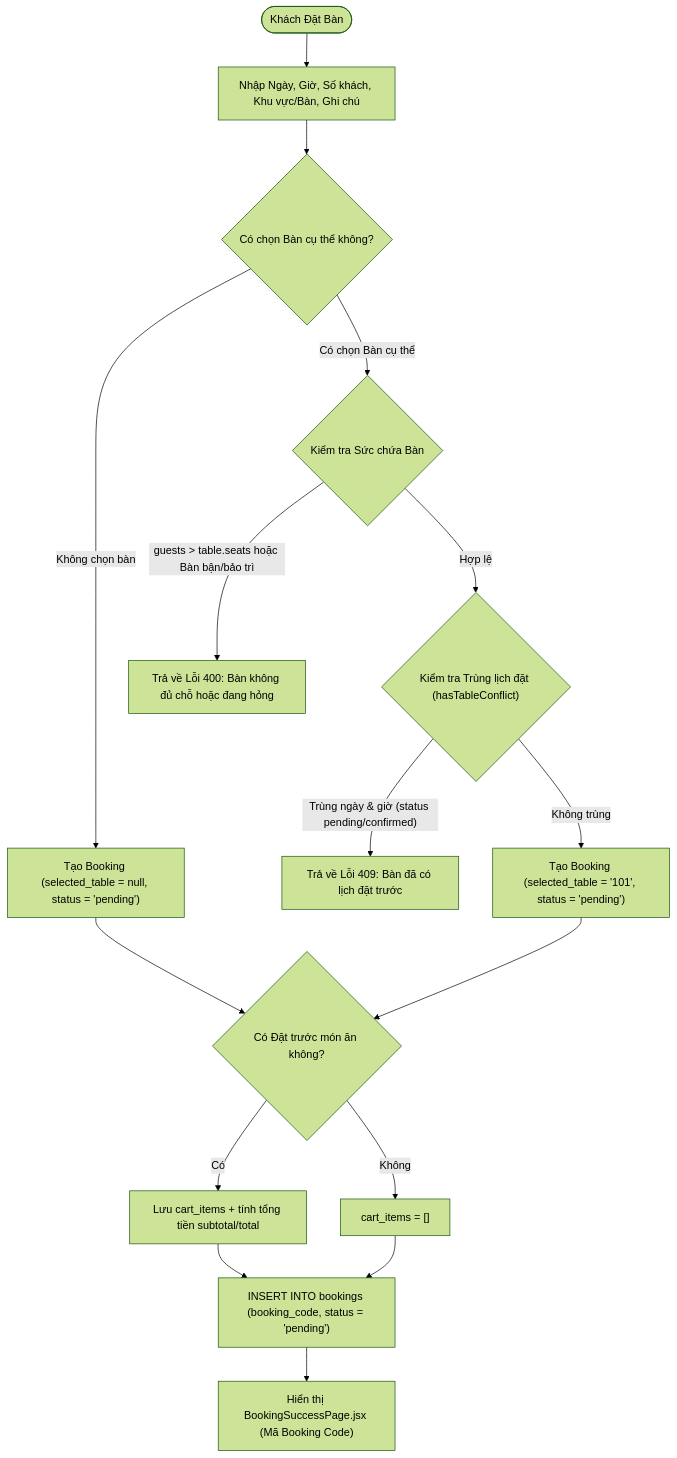
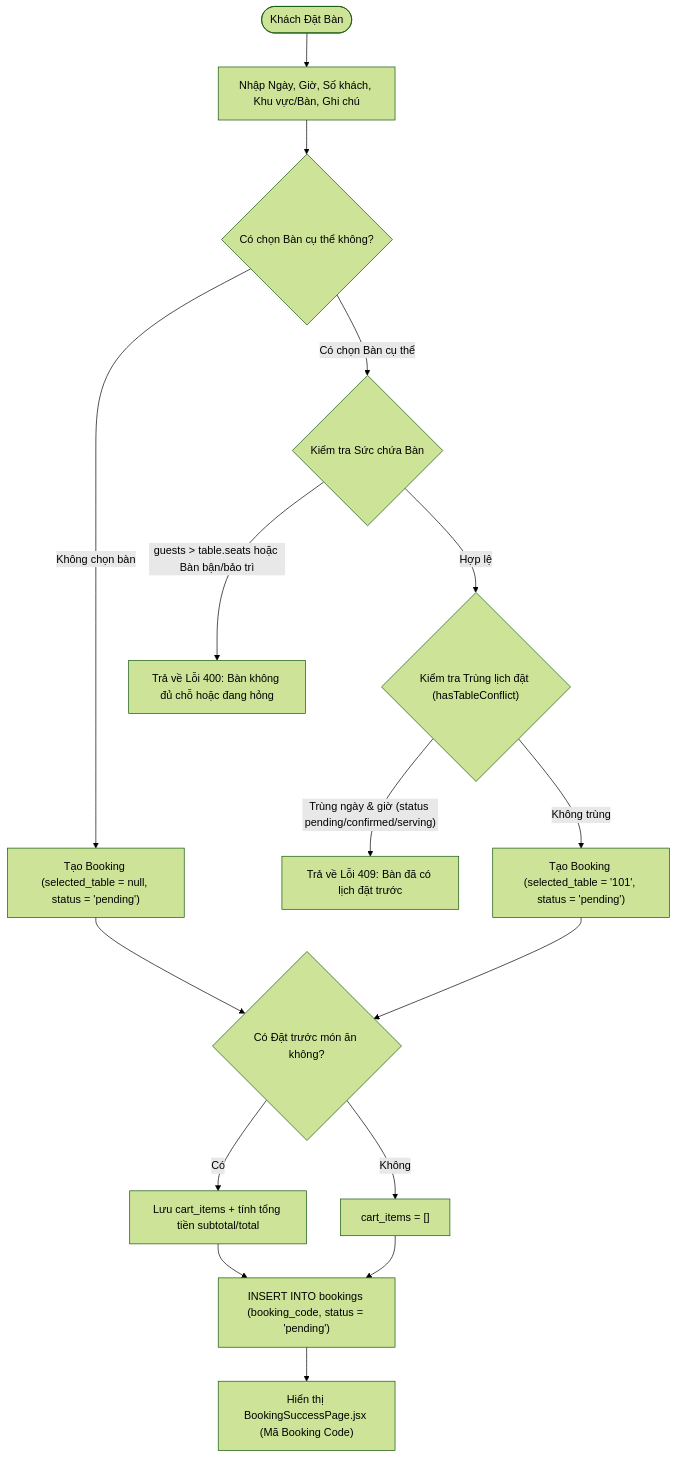
One commit to dinhphu-3564/Restaurant-Management changed the fifth of 14 diagrams in docs/So_do_Cau_truc/So_do_cau_truc.md. Above: the diagram before and after it, drawn with Mermaid (forest theme). The commit also changed other lines of this file and 6 other files, not shown here.

````diff
--- a/docs/So_do_Cau_truc/So_do_cau_truc.md
+++ b/docs/So_do_Cau_truc/So_do_cau_truc.md
@@ -157,25 +161,25 @@
 ```mermaid
 flowchart TD
     StartBk([Khách Đặt Bàn]) --> FormBk["Nhập Ngày, Giờ, Số khách, Khu vực/Bàn, Ghi chú"]
     FormBk --> CheckOption{"Có chọn Bàn cụ thể không?"}
     
     CheckOption -- "Không chọn bàn" --> CreatePendingBk["Tạo Booking (selected_table = null, status = 'pending')"]
     CheckOption -- "Có chọn Bàn cụ thể" --> ValCap{"Kiểm tra Sức chứa Bàn"}
     
     ValCap -- "guests > table.seats hoặc Bàn bận/bảo trì" --> ErrCap["Trả về Lỗi 400: Bàn không đủ chỗ hoặc đang hỏng"]
     ValCap -- "Hợp lệ" --> CheckConflict{"Kiểm tra Trùng lịch đặt (hasTableConflict)"}
     
-    CheckConflict -- "Trùng ngày & giờ (status pending/confirmed)" --> ErrConflict["Trả về Lỗi 409: Bàn đã có lịch đặt trước"]
+    CheckConflict -- "Trùng ngày & giờ (status pending/confirmed/serving)" --> ErrConflict["Trả về Lỗi 409: Bàn đã có lịch đặt trước"]
     CheckConflict -- "Không trùng" --> CreateOkBk["Tạo Booking (selected_table = '101', status = 'pending')"]
     
     CreatePendingBk --> PreOrderCheck{"Có Đặt trước món ăn không?"}
     CreateOkBk --> PreOrderCheck
     
     PreOrderCheck -- "Có" --> SaveCartBk["Lưu cart_items + tính tổng tiền subtotal/total"]
     PreOrderCheck -- "Không" --> SaveNoCartBk["cart_items = []"]
     
     SaveCartBk --> InsertBkDB["INSERT INTO bookings (booking_code, status = 'pending')"]
     SaveNoCartBk --> InsertBkDB
     
     InsertBkDB --> BkSuccess["Hiển thị BookingSuccessPage.jsx (Mã Booking Code)"]
 ```
````
